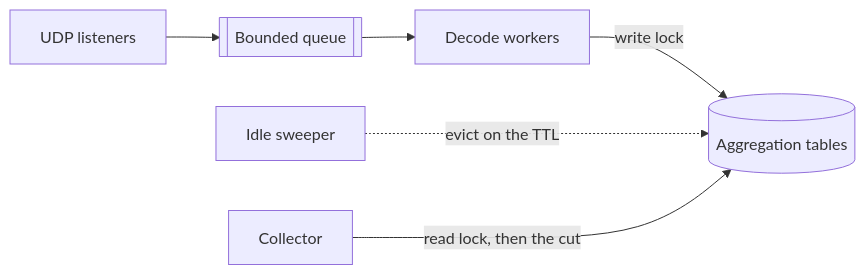
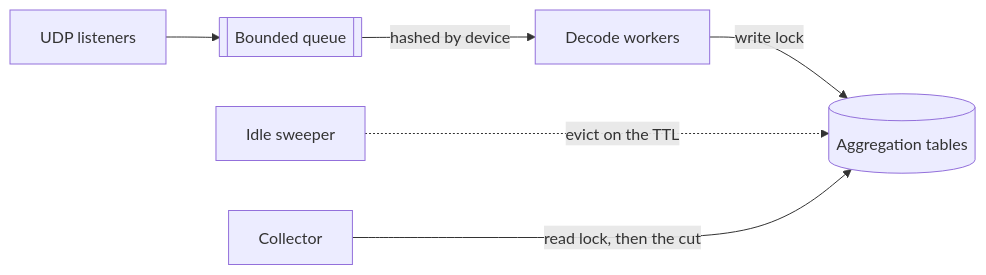
The diagram in docs/README.md (umatare5/xflow-exporter), drawn with Mermaid before and after one commit. The commit also changed other lines of this file and 8 other files, not shown here.

Commit message:
fix: decode each device's datagrams in wire order (#30)

````diff
--- a/docs/README.md
+++ b/docs/README.md
@@ -23,8 +24,8 @@
 ```mermaid
 flowchart LR
     L["UDP listeners"] --> Q[["Bounded queue"]]
-    Q --> W["Decode workers"]
+    Q -- "hashed by device" --> W["Decode workers"]
     W -- "write lock" --> T[("Aggregation tables")]
     SW["Idle sweeper"] -. "evict on the TTL" ..-> T
     COL["Collector"] -- "read lock, then the cut" ---> T
 ```
````
